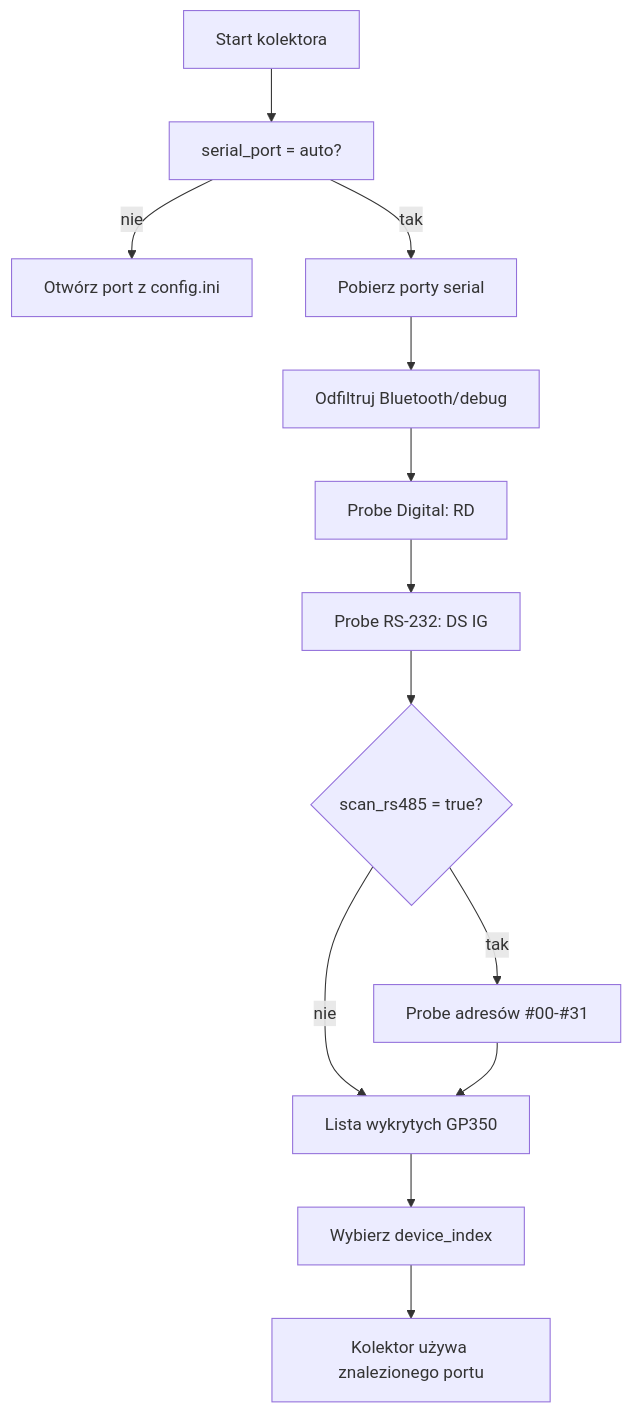
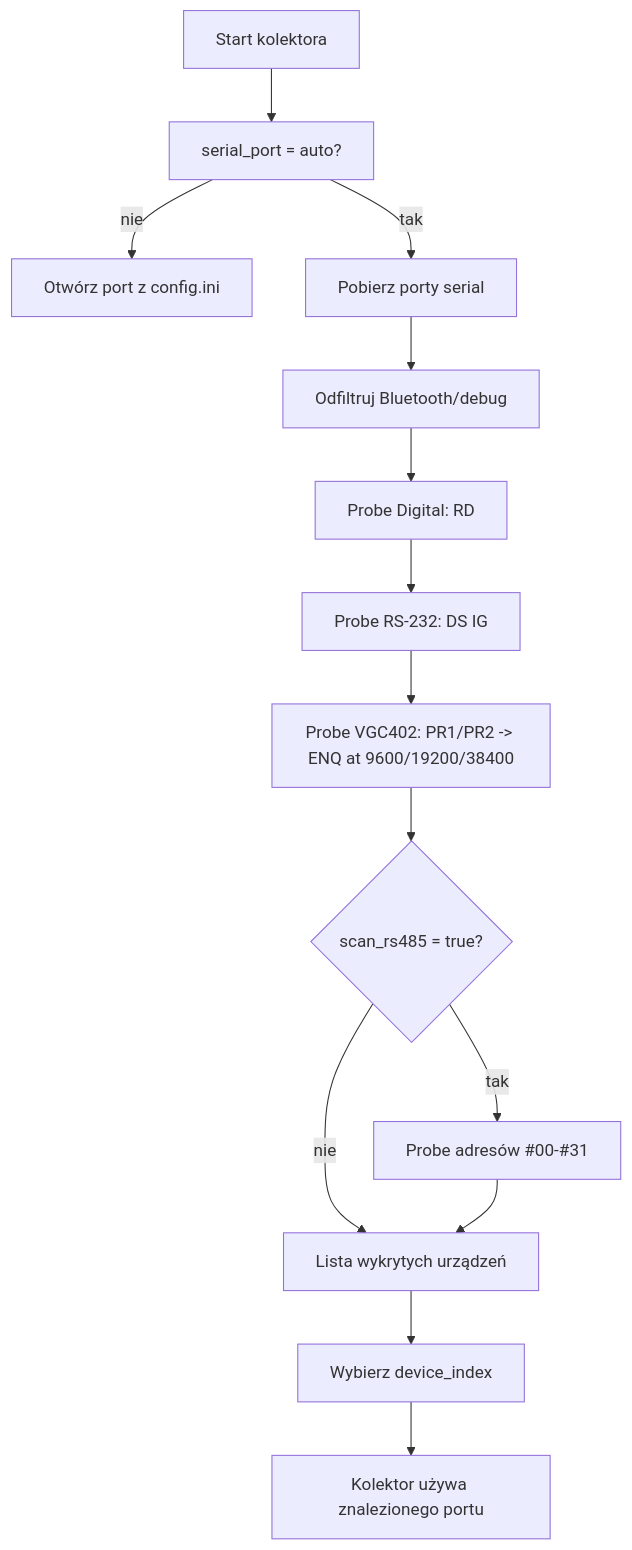
The diagram in docs/autodetekcja_urzadzen.md (alphatra/vacuum-instrument-monitor), drawn with Mermaid before and after one commit. The commit also changed other lines of this file and 45 other files, not shown here.

````diff
--- a/docs/autodetekcja_urzadzen.md
+++ b/docs/autodetekcja_urzadzen.md
@@ -18,15 +25,16 @@
 ```mermaid
 flowchart TD
     A["Start kolektora"] --> B["serial_port = auto?"]
     B -- "nie" --> C["Otwórz port z config.ini"]
     B -- "tak" --> D["Pobierz porty serial"]
     D --> E["Odfiltruj Bluetooth/debug"]
     E --> F["Probe Digital: RD"]
     F --> G["Probe RS-232: DS IG"]
-    G --> H{"scan_rs485 = true?"}
+    G --> V["Probe VGC402: PR1/PR2 -> ENQ at 9600/19200/38400"]
+    V --> H{"scan_rs485 = true?"}
     H -- "tak" --> I["Probe adresów #00-#31"]
-    H -- "nie" --> J["Lista wykrytych GP350"]
+    H -- "nie" --> J["Lista wykrytych urządzeń"]
     I --> J
     J --> K["Wybierz device_index"]
     K --> L["Kolektor używa znalezionego portu"]
 ```
````
